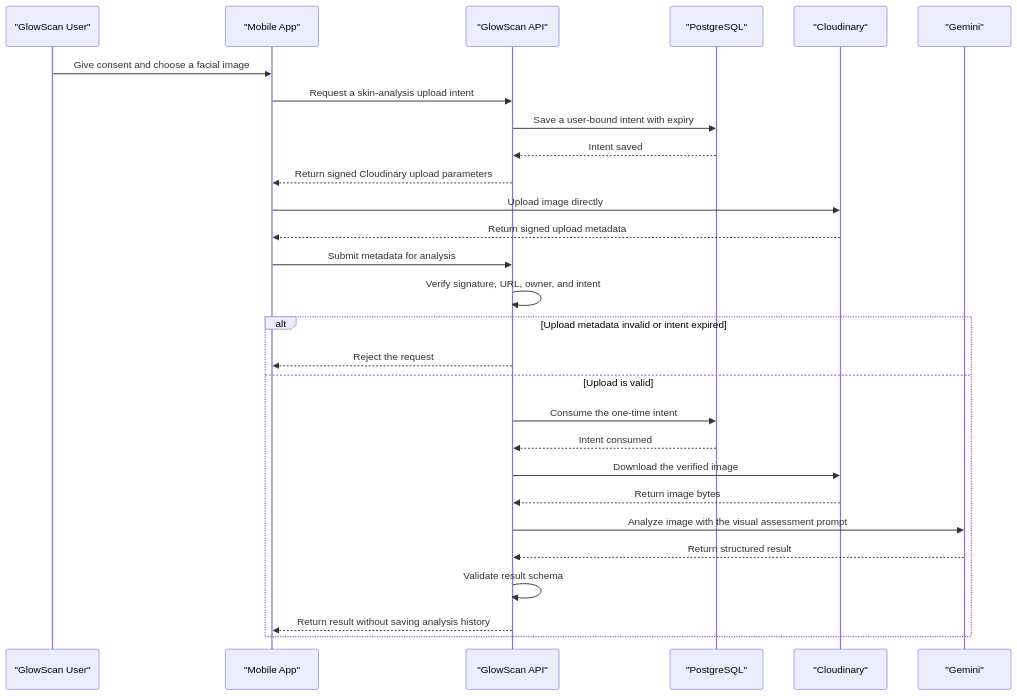
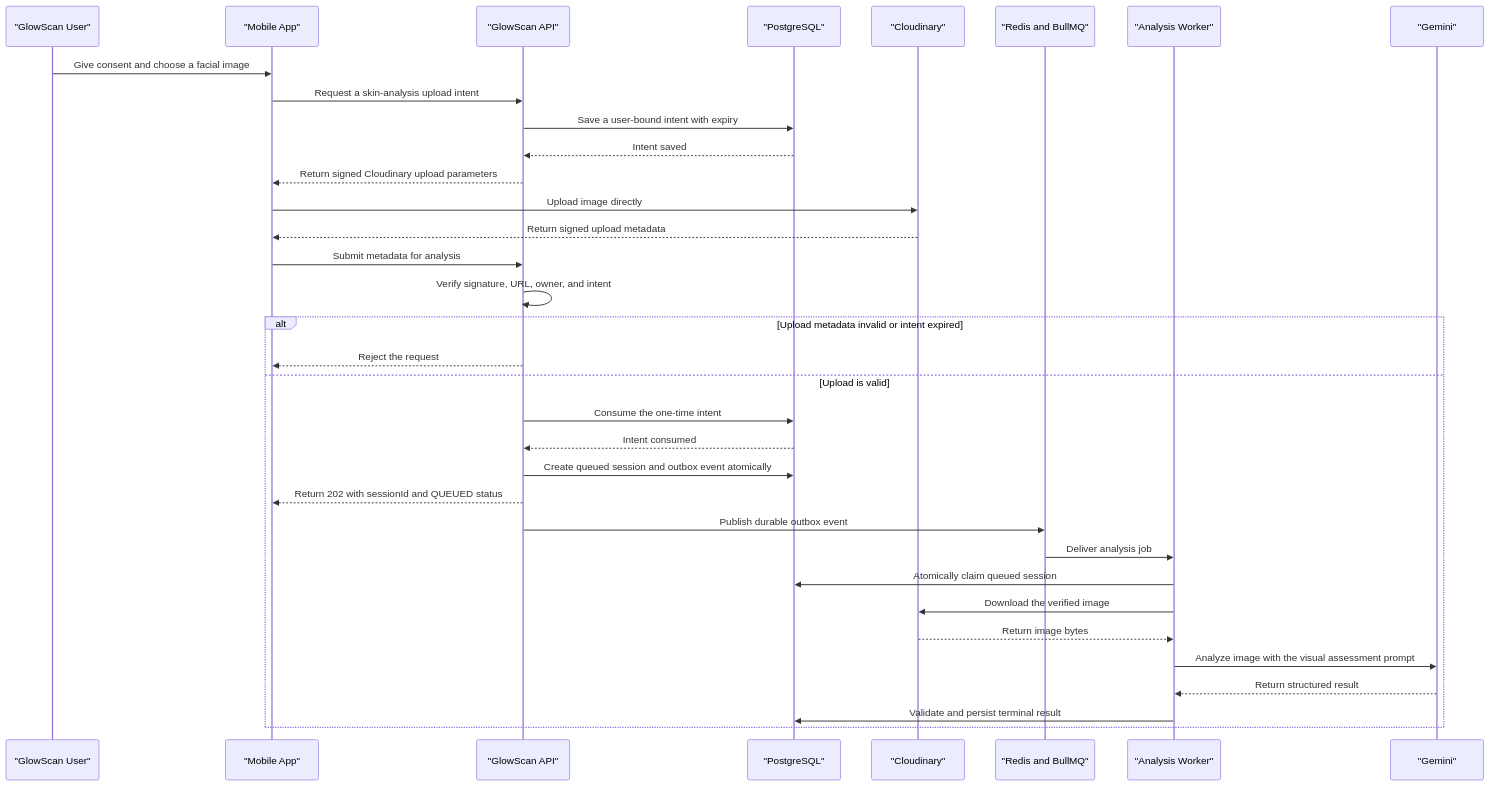
Before and after one commit to PawPasta/glownscan_be: the diagram in docs/business/Skin-Analysis.md, drawn with Mermaid. The commit also changed other lines of this file and 18 other files, not shown here.

Commit message:
feat: add background skin analysis worker

````diff
--- a/docs/business/Skin-Analysis.md
+++ b/docs/business/Skin-Analysis.md
@@ -77,31 +78,37 @@
 ```mermaid
 sequenceDiagram
     participant User as "GlowScan User"
     participant App as "Mobile App"
     participant API as "GlowScan API"
     participant DB as "PostgreSQL"
     participant Cloud as "Cloudinary"
+    participant Redis as "Redis and BullMQ"
+    participant Worker as "Analysis Worker"
     participant Gemini as "Gemini"
 
     User->>App: Give consent and choose a facial image
     App->>API: Request a skin-analysis upload intent
     API->>DB: Save a user-bound intent with expiry
     DB-->>API: Intent saved
     API-->>App: Return signed Cloudinary upload parameters
     App->>Cloud: Upload image directly
     Cloud-->>App: Return signed upload metadata
     App->>API: Submit metadata for analysis
     API->>API: Verify signature, URL, owner, and intent
     alt Upload metadata invalid or intent expired
         API-->>App: Reject the request
     else Upload is valid
         API->>DB: Consume the one-time intent
         DB-->>API: Intent consumed
-        API->>Cloud: Download the verified image
-        Cloud-->>API: Return image bytes
-        API->>Gemini: Analyze image with the visual assessment prompt
-        Gemini-->>API: Return structured result
-        API->>API: Validate result schema
-        API-->>App: Return result without saving analysis history
+        API->>DB: Create queued session and outbox event atomically
+        API-->>App: Return 202 with sessionId and QUEUED status
+        API->>Redis: Publish durable outbox event
+        Redis->>Worker: Deliver analysis job
+        Worker->>DB: Atomically claim queued session
+        Worker->>Cloud: Download the verified image
+        Cloud-->>Worker: Return image bytes
+        Worker->>Gemini: Analyze image with the visual assessment prompt
+        Gemini-->>Worker: Return structured result
+        Worker->>DB: Validate and persist terminal result
     end
 ```
````
